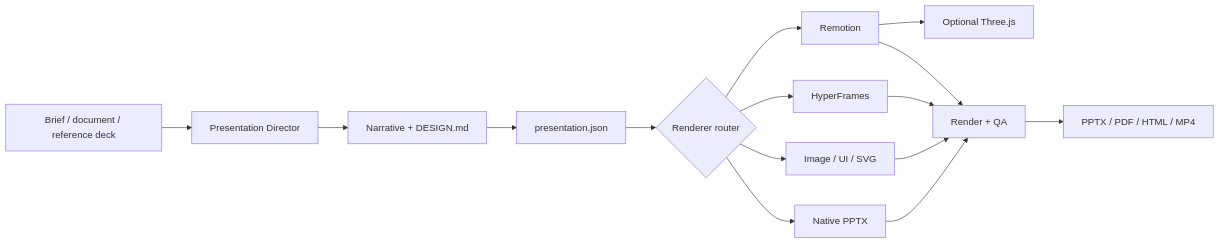
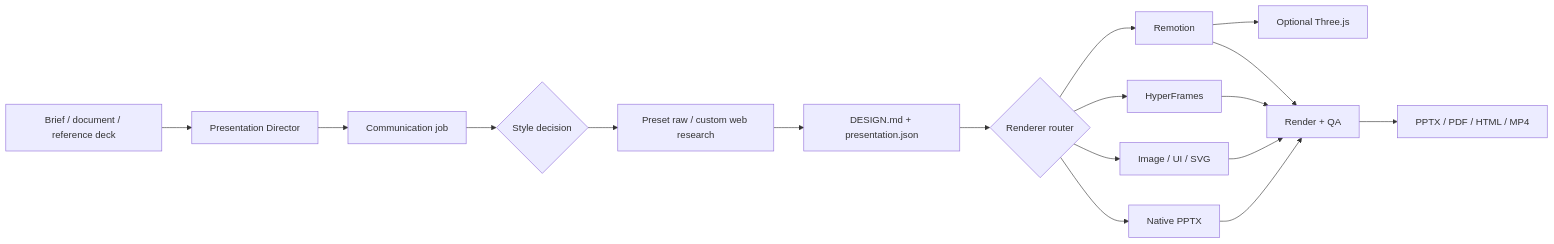
One commit to Wilder1222/presentation-director changed the diagram in docs/ARCHITECTURE.md. Above: the diagram before and after it, drawn with Mermaid. The commit also changed other lines of this file and 20 other files, not shown here.

````diff
--- a/docs/ARCHITECTURE.md
+++ b/docs/ARCHITECTURE.md
@@ -9,17 +9,19 @@
 ```mermaid
 flowchart LR
     A["Brief / document / reference deck"] --> B["Presentation Director"]
-    B --> C["Narrative + DESIGN.md"]
-    C --> D["presentation.json"]
+    B --> C["Communication job"]
+    C --> S{"Style decision"}
+    S --> R["Preset raw / custom web research"]
+    R --> D["DESIGN.md + presentation.json"]
     D --> E{"Renderer router"}
     E --> F["Native PPTX"]
     E --> G["Image / UI / SVG"]
     E --> H["HyperFrames"]
     E --> I["Remotion"]
     I --> J["Optional Three.js"]
     F --> K["Render + QA"]
     G --> K
     H --> K
     I --> K
     K --> L["PPTX / PDF / HTML / MP4"]
 ```
````
